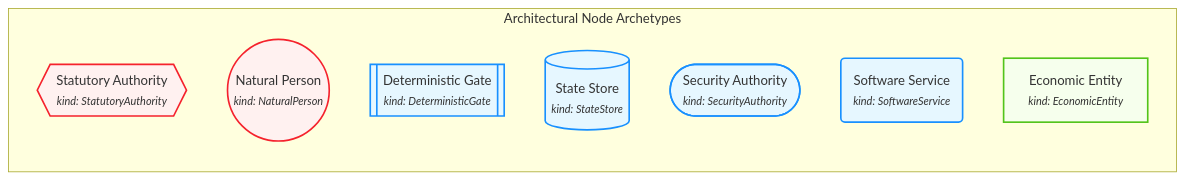
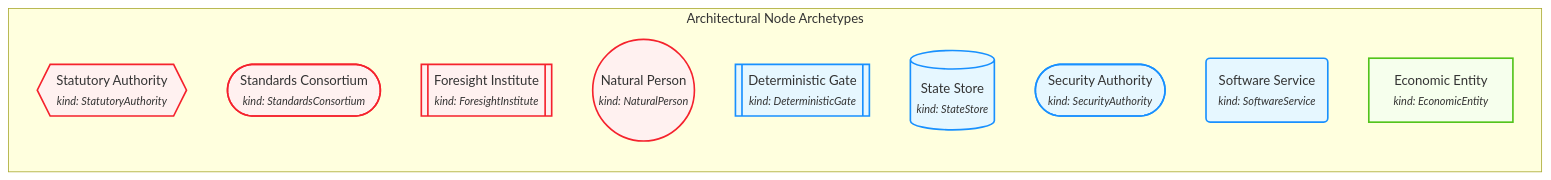
The first of 2 diagrams in docs/index.md (sezoo-digital/ai-ecosystem-model), drawn with Mermaid before and after one commit. The commit also changed other lines of this file and 9 other files, not shown here.

````diff
--- a/docs/index.md
+++ b/docs/index.md
@@ -31,17 +31,19 @@
 ```mermaid
 flowchart LR
     classDef gov fill:#FFF1F0,stroke:#F5222D,stroke-width:2px;
     classDef econ fill:#F6FFED,stroke:#52C41A,stroke-width:2px;
     classDef tech fill:#E6F7FF,stroke:#1890FF,stroke-width:2px;
     classDef default fill:#F8FAFC,stroke:#64748B,stroke-width:1.5px;
 
     subgraph LegendShapes ["Architectural Node Archetypes"]
         K_HEX{{"Statutory Authority<br/><small><i>kind: StatutoryAuthority</i></small>"}}:::gov
+        K_STA_STD(["Standards Consortium<br/><small><i>kind: StandardsConsortium</i></small>"]):::gov
+        K_SUB_FOR[["Foresight Institute<br/><small><i>kind: ForesightInstitute</i></small>"]]:::gov
         K_CIR(("Natural Person<br/><small><i>kind: NaturalPerson</i></small>")):::gov
         K_SUB[["Deterministic Gate<br/><small><i>kind: DeterministicGate</i></small>"]]:::tech
         K_CYL[("State Store<br/><small><i>kind: StateStore</i></small>")]:::tech
         K_STA(["Security Authority<br/><small><i>kind: SecurityAuthority</i></small>"]):::tech
         K_RND("Software Service<br/><small><i>kind: SoftwareService</i></small>"):::tech
         K_REC["Economic Entity<br/><small><i>kind: EconomicEntity</i></small>"]:::econ
     end
 ```
````
